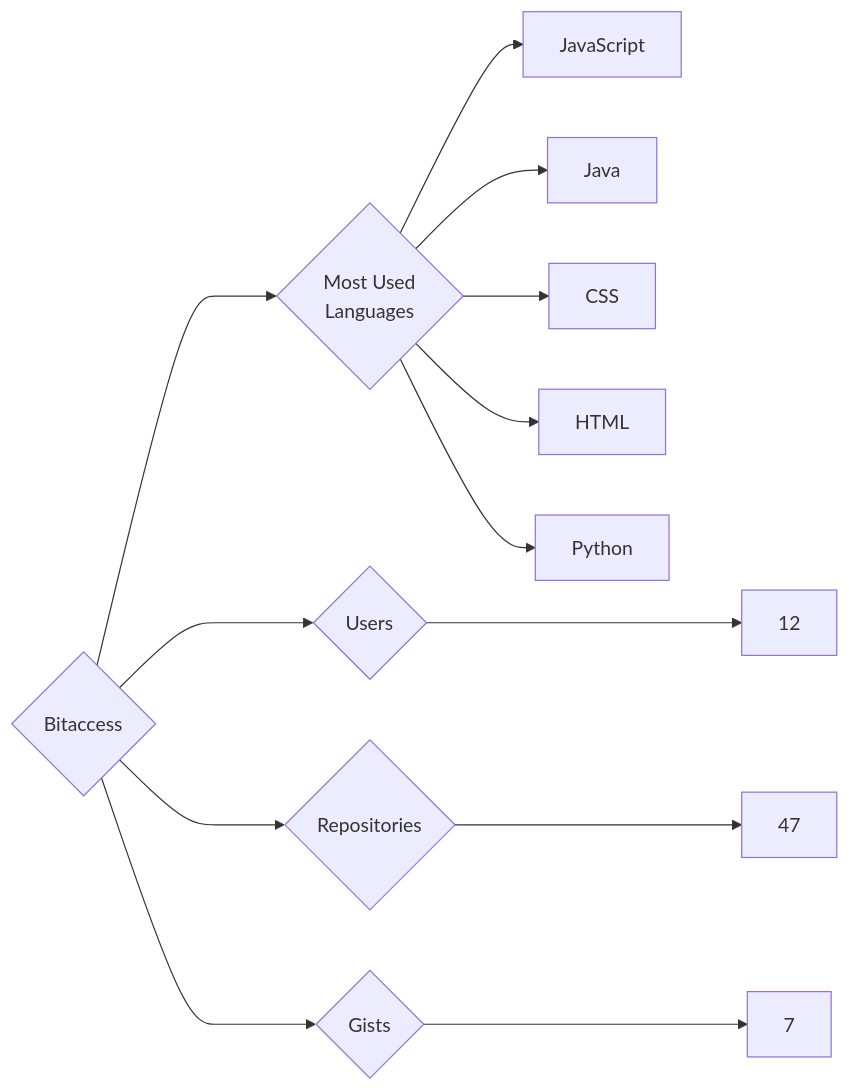
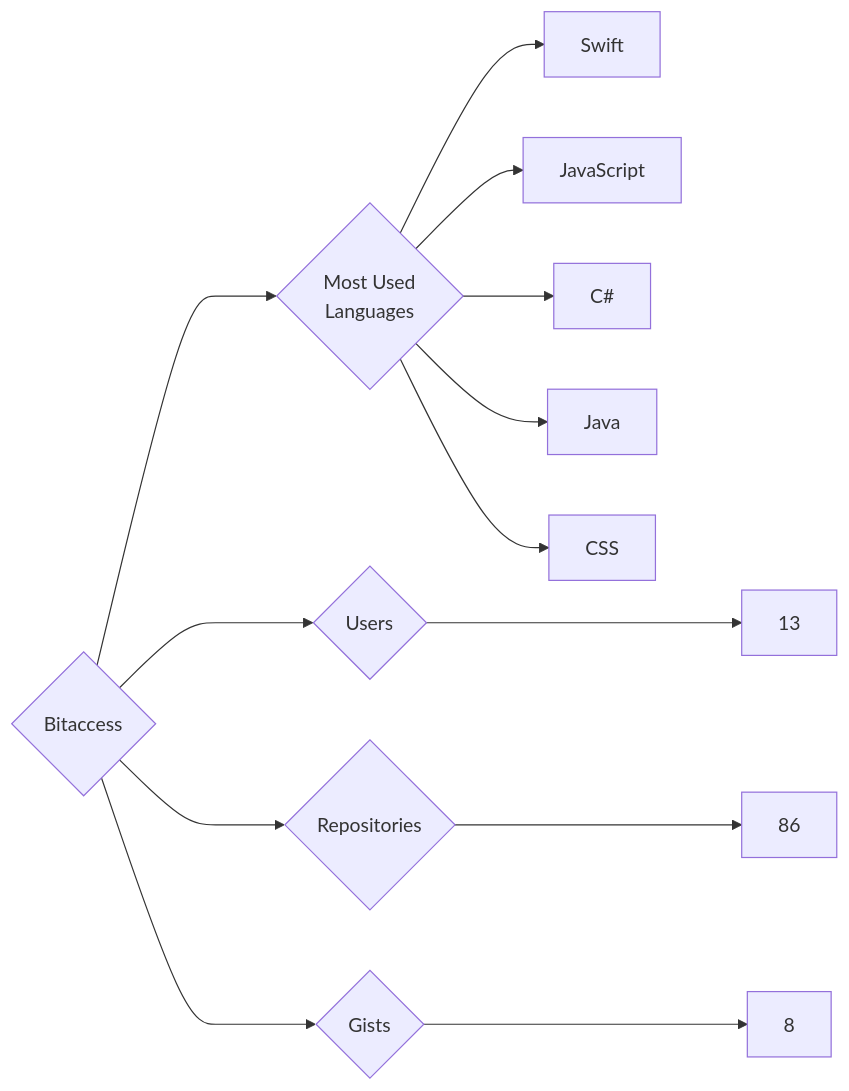
One commit to trickest/insiders changed the diagram in targets/Bitaccess/README.md. Above: the diagram before and after it, drawn with Mermaid. The commit also changed 1195 other files, not shown here.

````diff
--- a/targets/Bitaccess/README.md
+++ b/targets/Bitaccess/README.md
@@ -3,13 +3,13 @@
 ```mermaid
 graph LR
 COMPANY_NAME{Bitaccess}
-COMPANY_NAME ---> U{Users} ---> UN[12]
-COMPANY_NAME ---> R{Repositories} ---> RN[47]
-COMPANY_NAME ---> G{Gists} ---> GN[7]
+COMPANY_NAME ---> U{Users} ---> UN[13]
+COMPANY_NAME ---> R{Repositories} ---> RN[86]
+COMPANY_NAME ---> G{Gists} ---> GN[8]
 COMPANY_NAME ---> ML{Most Used<br>Languages}
+ML --> Swift[Swift]
 ML --> JavaScript[JavaScript]
+ML --> C#[C#]
 ML --> Java[Java]
 ML --> CSS[CSS]
-ML --> HTML[HTML]
-ML --> Python[Python]
 ```
````
